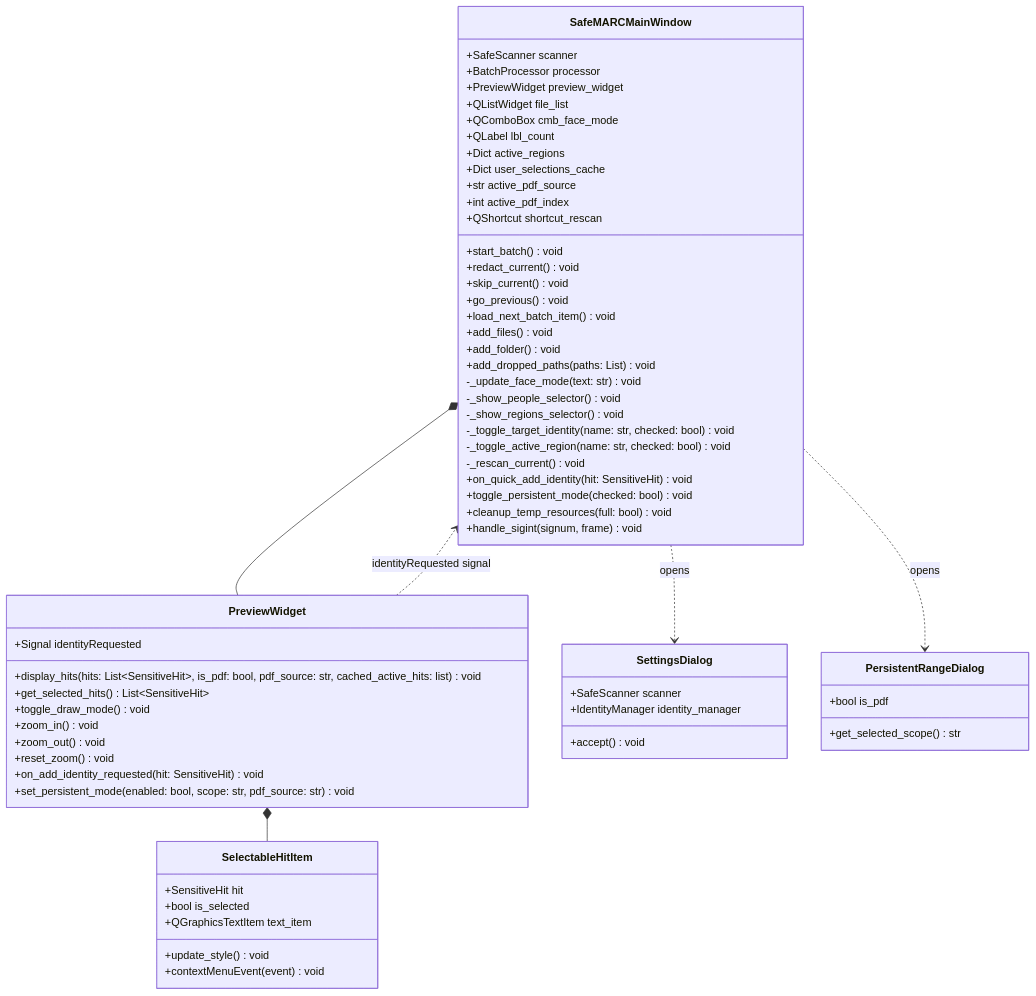
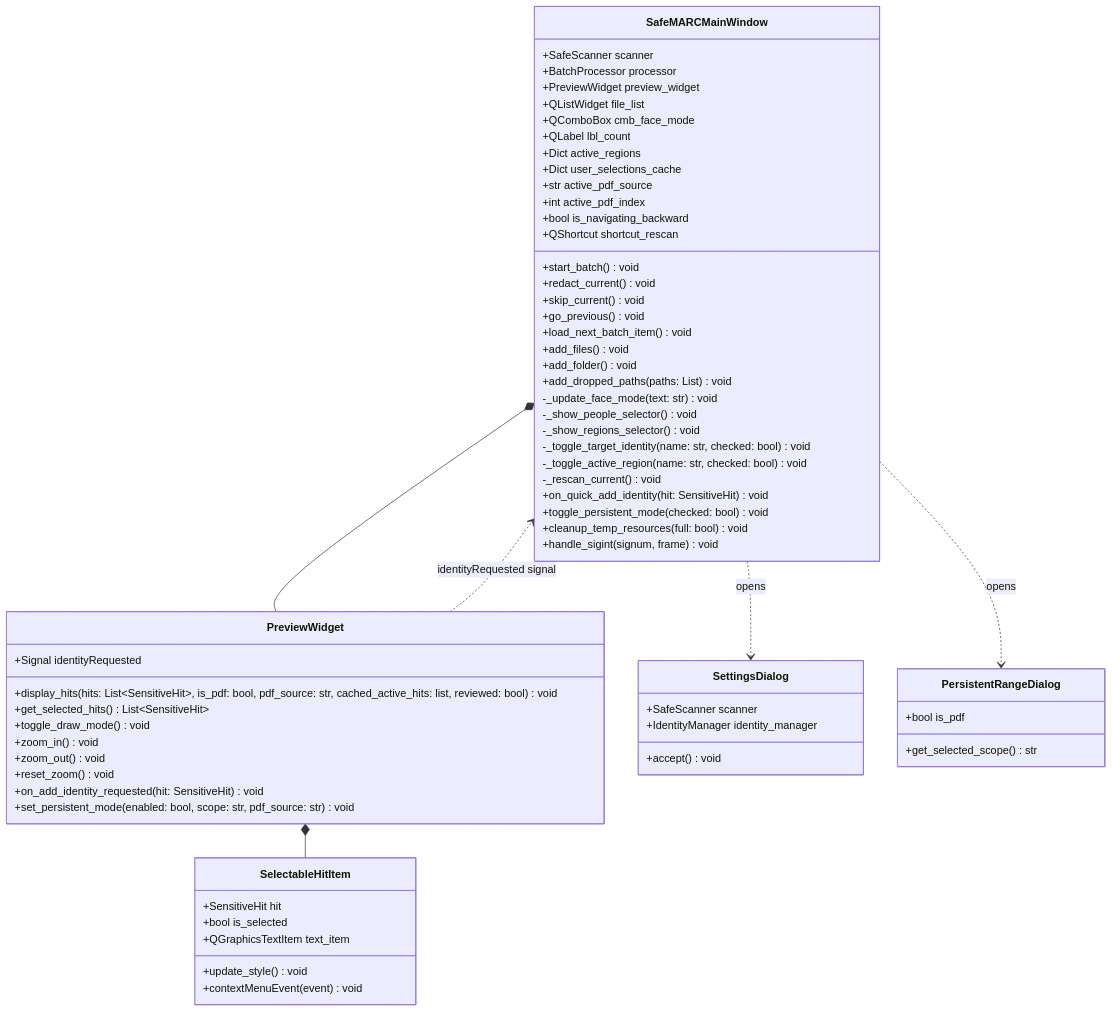
The third of 3 diagrams in docs/architecture/uml_classes.md (FurqanHun/SafeMARC), drawn with Mermaid before and after one commit. The commit also changed other lines of this file and 2 other files, not shown here.

Commit message:
feat: refactor toolbar to use compact centered icon-only zoom and rescan buttons

````diff
--- a/docs/architecture/uml_classes.md
+++ b/docs/architecture/uml_classes.md
@@ -128,73 +129,74 @@
 ```mermaid
 classDiagram
     direction TB
 
     class SafeMARCMainWindow {
         +SafeScanner scanner
         +BatchProcessor processor
         +PreviewWidget preview_widget
         +QListWidget file_list
         +QComboBox cmb_face_mode
         +QLabel lbl_count
         +Dict active_regions
         +Dict user_selections_cache
         +str active_pdf_source
         +int active_pdf_index
+        +bool is_navigating_backward
         +QShortcut shortcut_rescan
         +start_batch() void
         +redact_current() void
         +skip_current() void
         +go_previous() void
         +load_next_batch_item() void
         +add_files() void
         +add_folder() void
         +add_dropped_paths(paths: List) void
         -_update_face_mode(text: str) void
         -_show_people_selector() void
         -_show_regions_selector() void
         -_toggle_target_identity(name: str, checked: bool) void
         -_toggle_active_region(name: str, checked: bool) void
         -_rescan_current() void
         +on_quick_add_identity(hit: SensitiveHit) void
         +toggle_persistent_mode(checked: bool) void
         +cleanup_temp_resources(full: bool) void
         +handle_sigint(signum, frame) void
     }
 
     class PreviewWidget {
         +Signal identityRequested
-        +display_hits(hits: List~SensitiveHit~, is_pdf: bool, pdf_source: str, cached_active_hits: list) void
+        +display_hits(hits: List~SensitiveHit~, is_pdf: bool, pdf_source: str, cached_active_hits: list, reviewed: bool) void
         +get_selected_hits() List~SensitiveHit~
         +toggle_draw_mode() void
         +zoom_in() void
         +zoom_out() void
         +reset_zoom() void
         +on_add_identity_requested(hit: SensitiveHit) void
         +set_persistent_mode(enabled: bool, scope: str, pdf_source: str) void
     }
 
     class SelectableHitItem {
         +SensitiveHit hit
         +bool is_selected
         +QGraphicsTextItem text_item
         +update_style() void
         +contextMenuEvent(event) void
     }
 
     class SettingsDialog {
         +SafeScanner scanner
         +IdentityManager identity_manager
         +accept() void
     }
 
     class PersistentRangeDialog {
         +bool is_pdf
         +get_selected_scope() str
     }
 
     SafeMARCMainWindow *-- PreviewWidget
     SafeMARCMainWindow ..> SettingsDialog : opens
     SafeMARCMainWindow ..> PersistentRangeDialog : opens
     PreviewWidget *-- SelectableHitItem
     PreviewWidget ..> SafeMARCMainWindow : identityRequested signal
 ```
````
